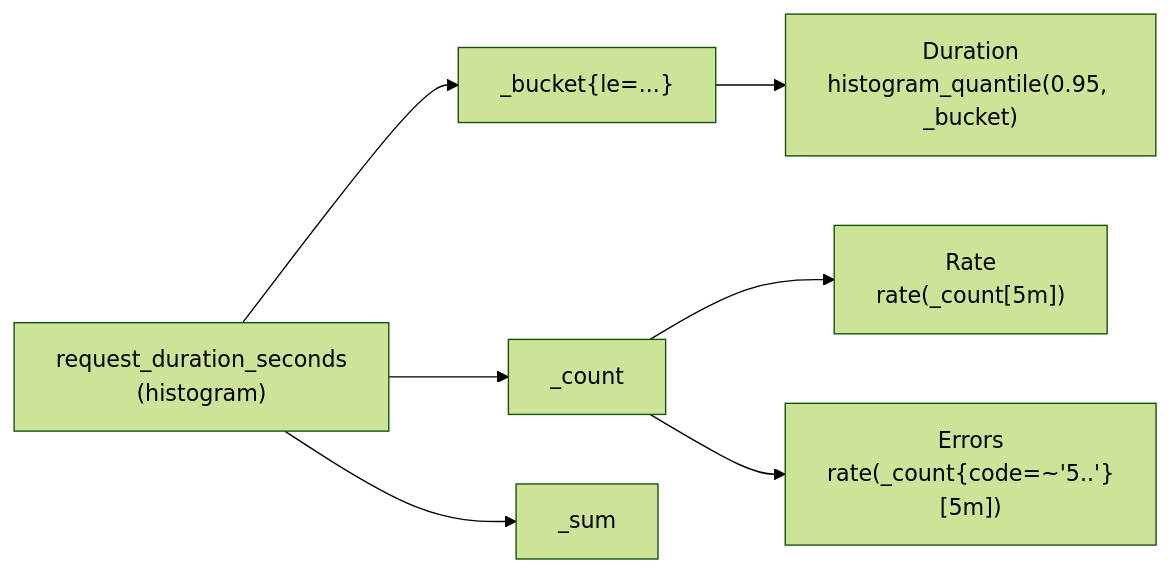
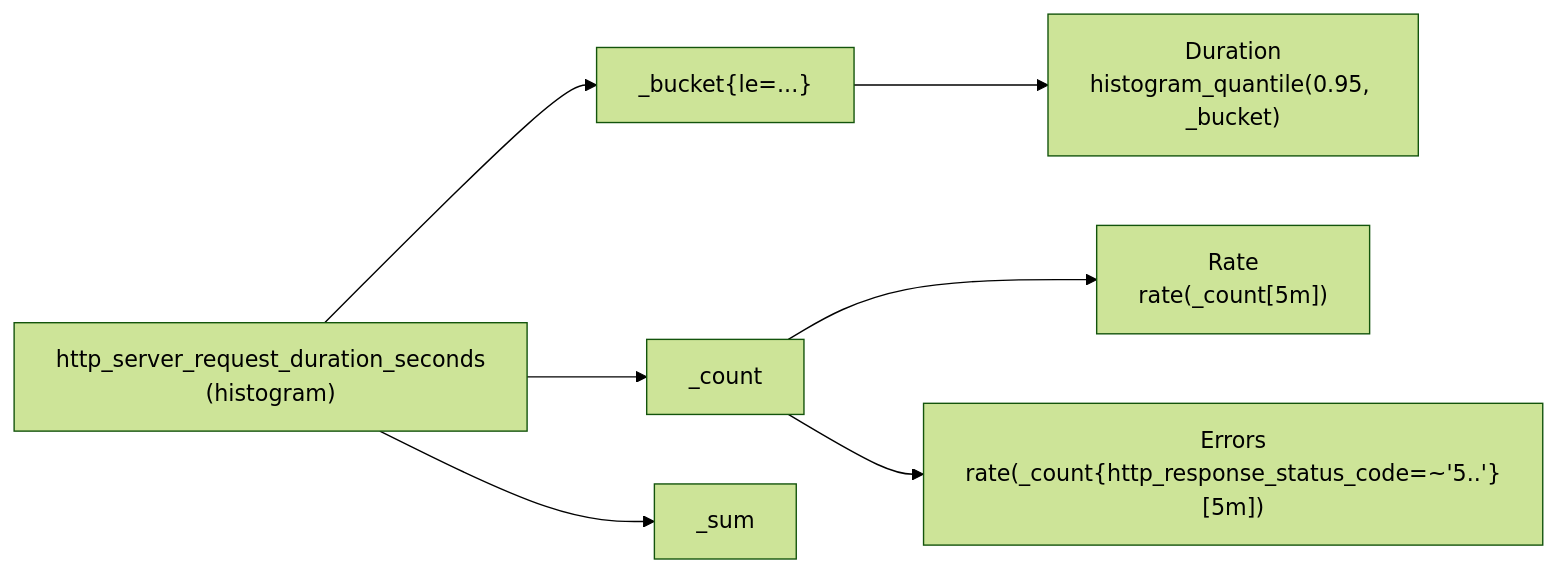
The second of 7 diagrams in docs/observability/runbooks/observability-deep-dive.md (duynhlab/homelab), drawn with Mermaid (forest theme) before and after one commit. The commit also changed other lines of this file and 24 other files, not shown here.

````diff
--- a/docs/observability/runbooks/observability-deep-dive.md
+++ b/docs/observability/runbooks/observability-deep-dive.md
@@ -113,10 +113,10 @@
 ```mermaid
 flowchart LR
-    H["request_duration_seconds\n(histogram)"] --> B["_bucket{le=...}"]
+    H["http_server_request_duration_seconds\n(histogram)"] --> B["_bucket{le=...}"]
     H --> C["_count"]
     H --> S["_sum"]
 
     C --> Rate["Rate\nrate(_count[5m])"]
-    C --> Errors["Errors\nrate(_count{code=~'5..'}[5m])"]
+    C --> Errors["Errors\nrate(_count{http_response_status_code=~'5..'}[5m])"]
     B --> Duration["Duration\nhistogram_quantile(0.95, _bucket)"]
 ```
````
